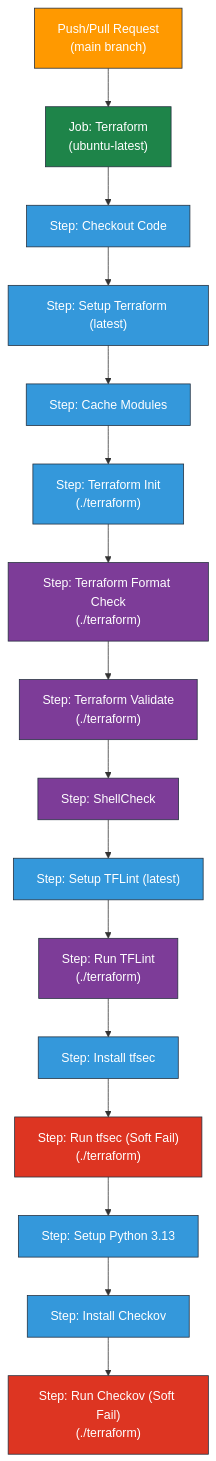
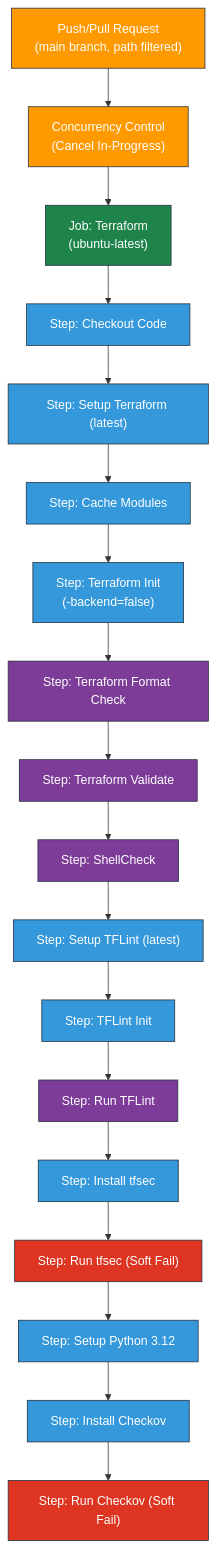
The diagram in .github/workflows/README.md (hetmanskyi-cloud/AWS), drawn with Mermaid before and after one commit. The commit also changed other lines of this file and 2 other files, not shown here.

Commit message:
update runbook.md & .github/workflows/terraform.yml

````diff
--- a/.github/workflows/README.md
+++ b/.github/workflows/README.md
@@ -53,54 +55,58 @@
 ```mermaid
 graph TD
     %% Workflow Trigger
-    Trigger["Push/Pull Request<br>(main branch)"]
+    Trigger["Push/Pull Request<br>(main branch, path filtered)"]
+    Concurrency["Concurrency Control<br>(Cancel In-Progress)"]
 
     %% Job
     JobTerr["Job: Terraform<br>(ubuntu-latest)"]
 
     %% Steps within the Job
     Checkout["Step: Checkout Code"]
     SetupTF["Step: Setup Terraform (latest)"]
     Cache["Step: Cache Modules"]
-    Init["Step: Terraform Init<br>(./terraform)"]
-    Format["Step: Terraform Format Check<br>(./terraform)"]
-    Validate["Step: Terraform Validate<br>(./terraform)"]
+    Init["Step: Terraform Init<br>(-backend=false)"]
+    Format["Step: Terraform Format Check"]
+    Validate["Step: Terraform Validate"]
     ShellChk["Step: ShellCheck"]
     SetupTFLint["Step: Setup TFLint (latest)"]
-    TFLint["Step: Run TFLint<br>(./terraform)"]
+    TFLintInit["Step: TFLint Init"]
+    TFLint["Step: Run TFLint"]
     InstallTfsec["Step: Install tfsec"]
-    Tfsec["Step: Run tfsec (Soft Fail)<br>(./terraform)"]
-    SetupPy["Step: Setup Python 3.13"]
+    Tfsec["Step: Run tfsec (Soft Fail)"]
+    SetupPy["Step: Setup Python 3.12"]
     InstallCheckov["Step: Install Checkov"]
-    Checkov["Step: Run Checkov (Soft Fail)<br>(./terraform)"]
+    Checkov["Step: Run Checkov (Soft Fail)"]
 
     %% Flow
-    Trigger --> JobTerr
+    Trigger --> Concurrency
+    Concurrency --> JobTerr
     JobTerr --> Checkout
     Checkout --> SetupTF
     SetupTF --> Cache
     Cache --> Init
     Init --> Format
     Format --> Validate
     Validate --> ShellChk
     ShellChk --> SetupTFLint
-    SetupTFLint --> TFLint
+    SetupTFLint --> TFLintInit
+    TFLintInit --> TFLint
     TFLint --> InstallTfsec
     InstallTfsec --> Tfsec
     Tfsec --> SetupPy
     SetupPy --> InstallCheckov
     InstallCheckov --> Checkov
 
     %% Styling
     classDef trigger fill:#FF9900,stroke:#232F3E,color:white
     classDef job fill:#1E8449,stroke:#232F3E,color:white
     classDef setup fill:#3498DB,stroke:#232F3E,color:white
     classDef check fill:#7D3C98,stroke:#232F3E,color:white
     classDef security fill:#DD3522,stroke:#232F3E,color:white
 
-    class Trigger trigger
+    class Trigger,Concurrency trigger
     class JobTerr job
-    class Checkout,SetupTF,Cache,Init,SetupTFLint,InstallTfsec,SetupPy,InstallCheckov setup
+    class Checkout,SetupTF,Cache,Init,SetupTFLint,InstallTfsec,SetupPy,InstallCheckov,TFLintInit setup
     class Format,Validate,ShellChk,TFLint check
     class Tfsec,Checkov security
 ```
````
